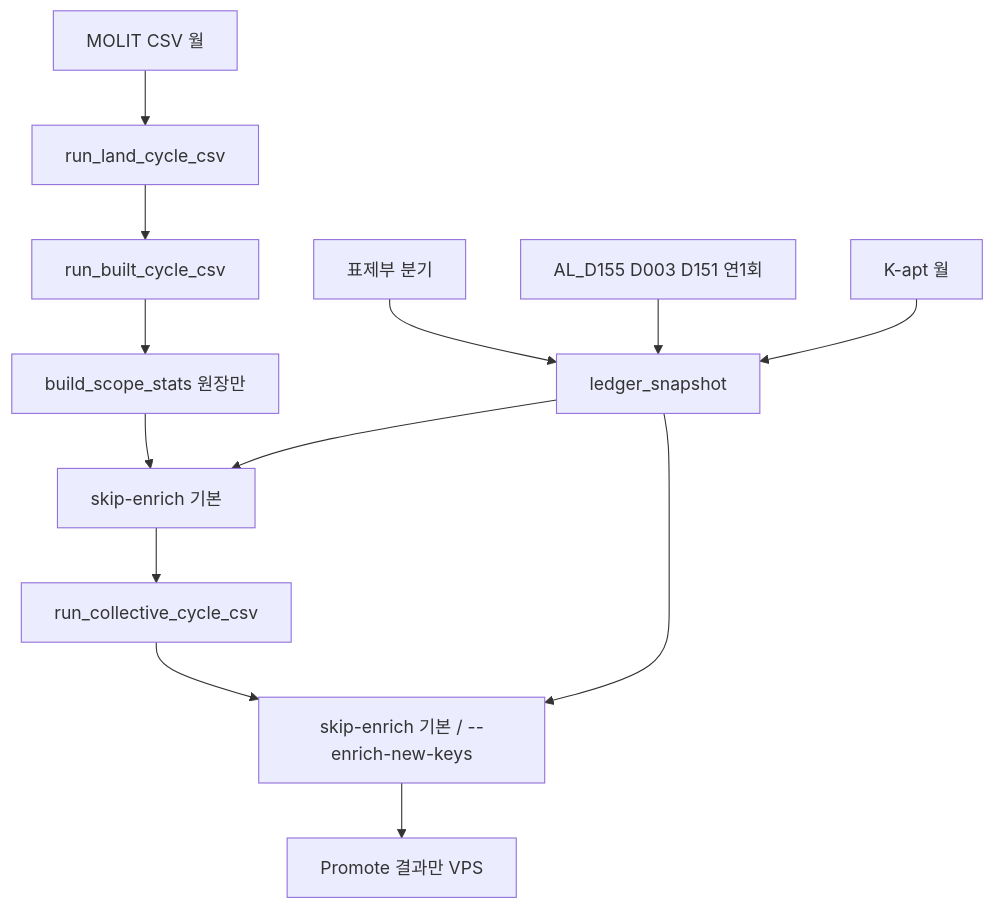
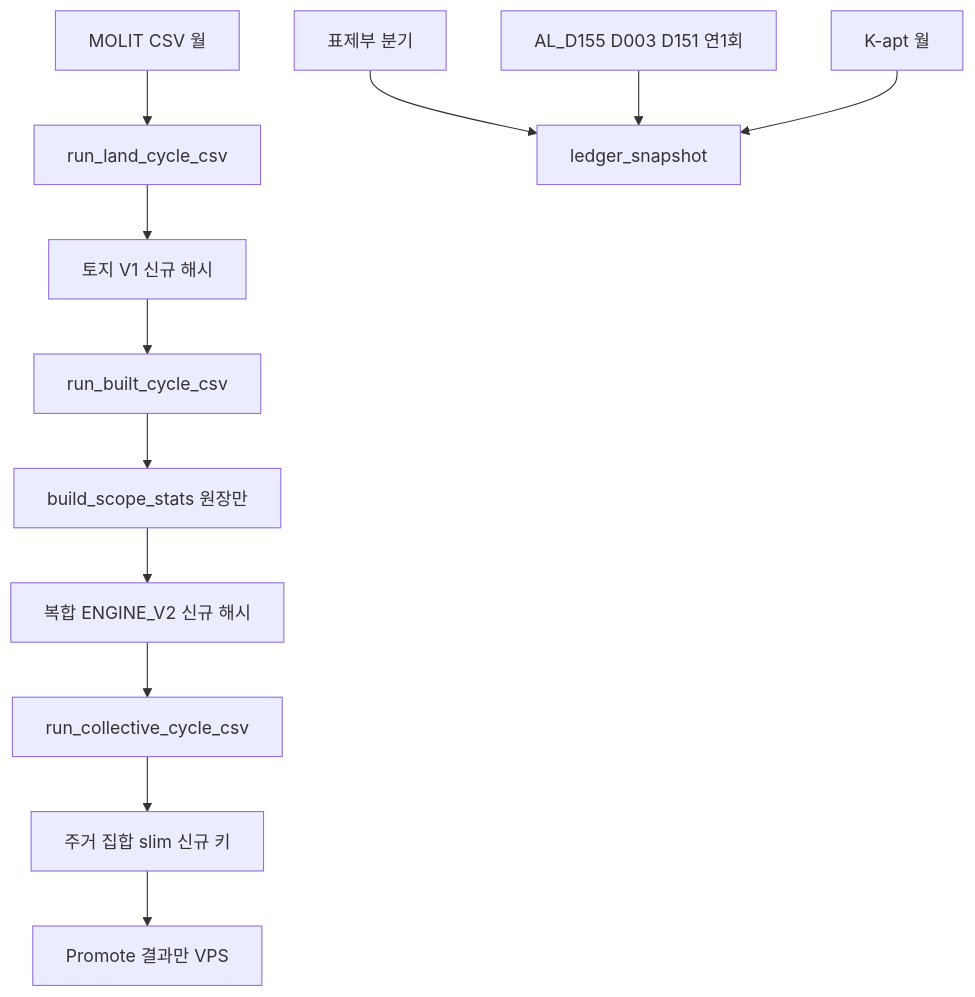
One commit to takyoungj-sketch/ch2_Macro changed the diagram in docs/PARCEL_MASTER_MONTHLY_UPDATE.md. Above: the diagram before and after it, drawn with Mermaid. The commit also changed other lines of this file and 17 other files, not shown here.

````diff
--- a/docs/PARCEL_MASTER_MONTHLY_UPDATE.md
+++ b/docs/PARCEL_MASTER_MONTHLY_UPDATE.md
@@ -23,15 +22,14 @@
 ```mermaid
 flowchart TD
   molit[MOLIT CSV 월] --> land[run_land_cycle_csv]
-  land --> built[run_built_cycle_csv]
+  land --> enrichL[토지 V1 신규 해시]
+  enrichL --> built[run_built_cycle_csv]
   built --> martB[build_scope_stats 원장만]
-  martB --> enrichB[skip-enrich 기본]
+  martB --> enrichB[복합 ENGINE_V2 신규 해시]
   enrichB --> coll[run_collective_cycle_csv]
-  coll --> enrichC[skip-enrich 기본 / --enrich-new-keys]
+  coll --> enrichC[주거 집합 slim 신규 키]
   enrichC --> promo[Promote 결과만 VPS]
   title[표제부 분기] --> snap[ledger_snapshot]
   zone[AL_D155 D003 D151 연1회] --> snap
   kapt[K-apt 월] --> snap
-  snap --> enrichB
-  snap --> enrichC
 ```
````
